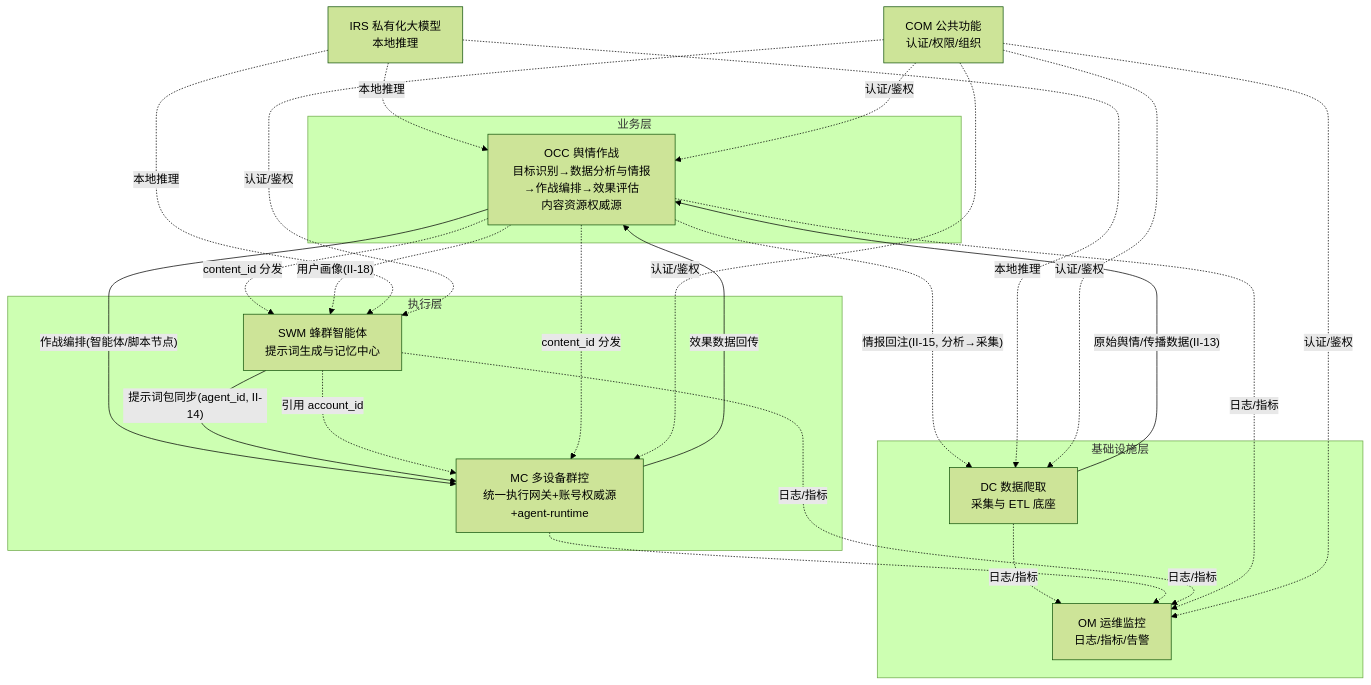
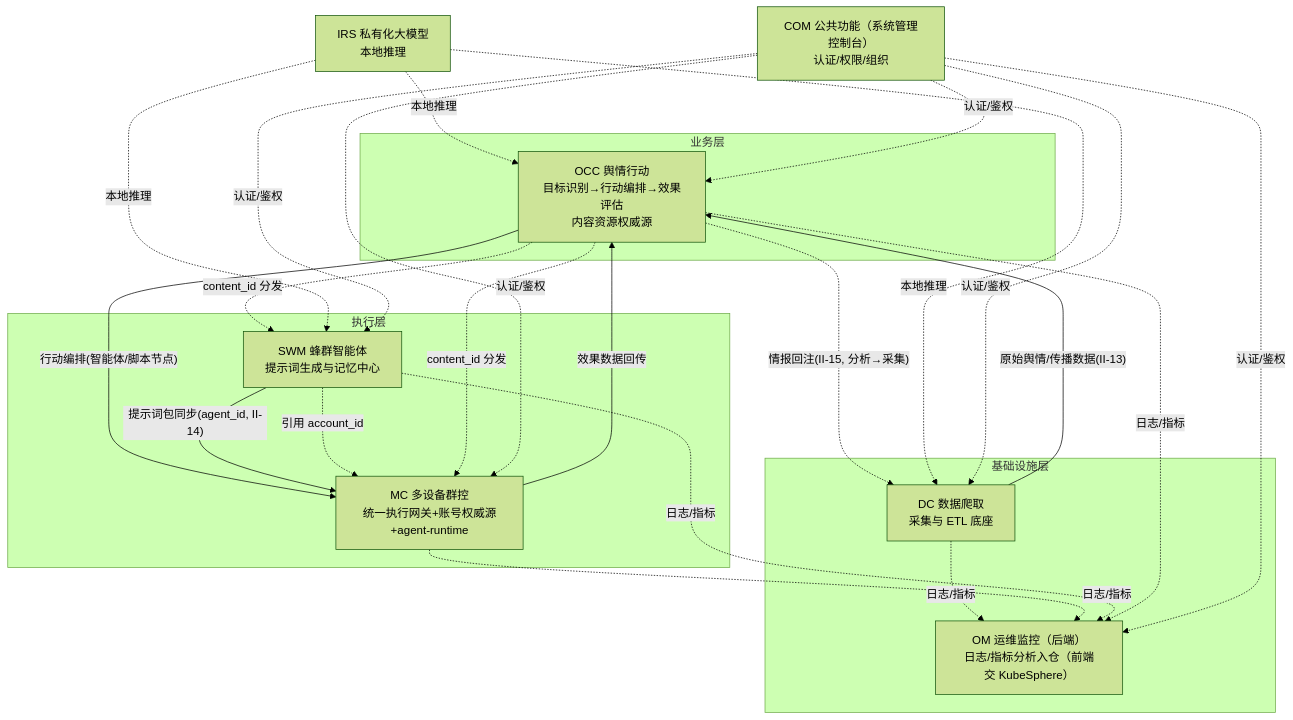
Before and after one commit to Sj-g/obsidian: the first of 49 diagrams in 公司项目/认知作战/文档/软件概要设计-架构图.md, drawn with Mermaid (forest theme). The commit also changed other lines of this file and 9 other files, not shown here.

````diff
--- a/公司项目/认知作战/文档/软件概要设计-架构图.md
+++ b/公司项目/认知作战/文档/软件概要设计-架构图.md
@@ -29,29 +29,28 @@
 ```mermaid
 flowchart TB
     subgraph BIZ["业务层"]
-        OCC["OCC 舆情作战<br/>目标识别→数据分析与情报→作战编排→效果评估<br/>内容资源权威源"]
+        OCC["OCC 舆情行动<br/>目标识别→行动编排→效果评估<br/>内容资源权威源"]
     end
     subgraph EXEC["执行层"]
         SWM["SWM 蜂群智能体<br/>提示词生成与记忆中心"]
         MC["MC 多设备群控<br/>统一执行网关+账号权威源+agent-runtime"]
     end
     subgraph INFRA["基础设施层"]
         DC["DC 数据爬取<br/>采集与 ETL 底座"]
-        OM["OM 运维监控<br/>日志/指标/告警"]
+        OM["OM 运维监控（后端）<br/>日志/指标分析入仓（前端交 KubeSphere）"]
     end
     IRS["IRS 私有化大模型<br/>本地推理"]
-    COM["COM 公共功能<br/>认证/权限/组织"]
+    COM["COM 公共功能（系统管理控制台）<br/>认证/权限/组织"]
 
     DC -->|"原始舆情/传播数据(II-13)"| OCC
-    OCC -->|"作战编排(智能体/脚本节点)"| MC
+    OCC -->|"行动编排(智能体/脚本节点)"| MC
     SWM -->|"提示词包同步(agent_id, II-14)"| MC
     MC -->|"效果数据回传"| OCC
     OCC -.->|"情报回注(II-15, 分析→采集)"| DC
     SWM -.->|"引用 account_id"| MC
     OCC -.->|"content_id 分发"| SWM & MC
-    OCC -.->|"用户画像(II-18)"| SWM
 
     IRS -.->|"本地推理"| DC & SWM & OCC
     DC & MC & SWM & OCC -.->|"日志/指标"| OM
     COM -.->|"认证/鉴权"| DC & MC & SWM & OCC & OM
 ```
````
